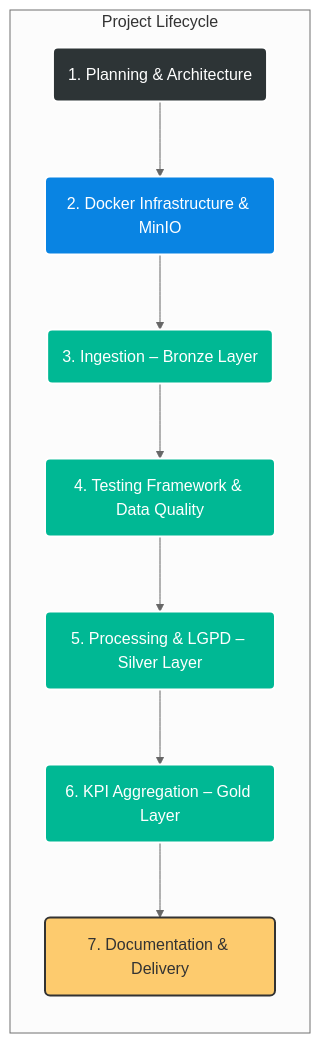
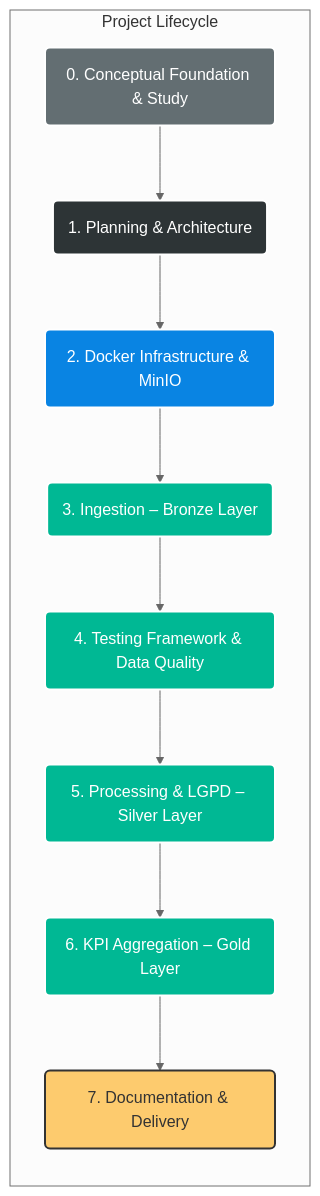
The first of 2 diagrams in README.md (arthurgmv/projeto_data_masters), drawn with Mermaid (neutral theme) before and after one commit.

````diff
--- a/README.md
+++ b/README.md
@@ -28,17 +28,19 @@
 ```mermaid
 graph TD
+    classDef study fill:#636e72,stroke:#fff,stroke-width:2px,color:#fff;
     classDef planning fill:#2d3436,stroke:#fff,stroke-width:2px,color:#fff;
     classDef infra fill:#0984e3,stroke:#fff,stroke-width:2px,color:#fff;
     classDef code fill:#00b894,stroke:#fff,stroke-width:2px,color:#fff;
     classDef deliver fill:#fdcb6e,stroke:#333,stroke-width:2px,color:#333;
 
     subgraph Timeline [Project Lifecycle]
         direction TB
-        A(1. Planning & Architecture):::planning --> B(2. Docker Infrastructure & MinIO):::infra
+        Z(0. Conceptual Foundation & Study):::study --> A(1. Planning & Architecture):::planning
+        A --> B(2. Docker Infrastructure & MinIO):::infra
         B --> C(3. Ingestion – Bronze Layer):::code
         C --> D(4. Testing Framework & Data Quality):::code
         D --> E(5. Processing & LGPD – Silver Layer):::code
         E --> F(6. KPI Aggregation – Gold Layer):::code
         F --> G(7. Documentation & Delivery):::deliver
     end
 ```
````
